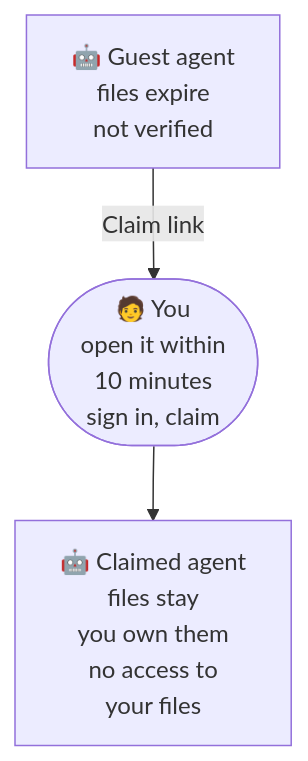
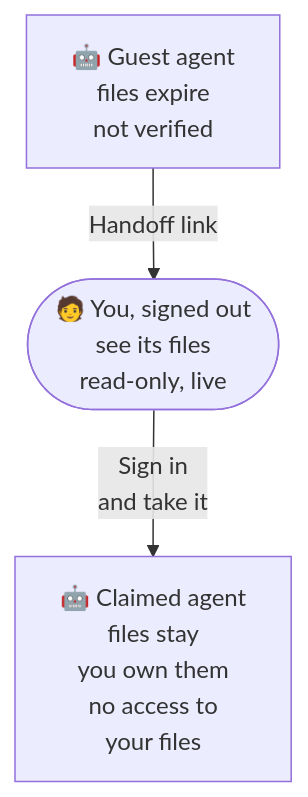
Before and after one commit to dream-num/univer-workspace: the third of 5 diagrams in docs/agent-handoff-showcase.md, drawn with Mermaid. The commit also changed other lines of this file and 13 other files, not shown here.

First line of the commit message:
docs(workspace): describe the handoff link, its preview and fork ownership

````diff
--- a/docs/agent-handoff-showcase.md
+++ b/docs/agent-handoff-showcase.md
@@ -136,5 +128,5 @@
 ```mermaid
 flowchart TB
-    Guest["🤖 Guest agent<br/>files expire<br/>not verified"] -- Claim link --> You(["🧑 You<br/>open it within<br/>10 minutes<br/>sign in, claim"])
-    You --> Claimed["🤖 Claimed agent<br/>files stay<br/>you own them<br/>no access to<br/>your files"]
+    Guest["🤖 Guest agent<br/>files expire<br/>not verified"] -- Handoff link --> Visitor(["🧑 You, signed out<br/>see its files<br/>read-only, live"])
+    Visitor -- Sign in<br/>and take it --> Claimed["🤖 Claimed agent<br/>files stay<br/>you own them<br/>no access to<br/>your files"]
 ```
````
